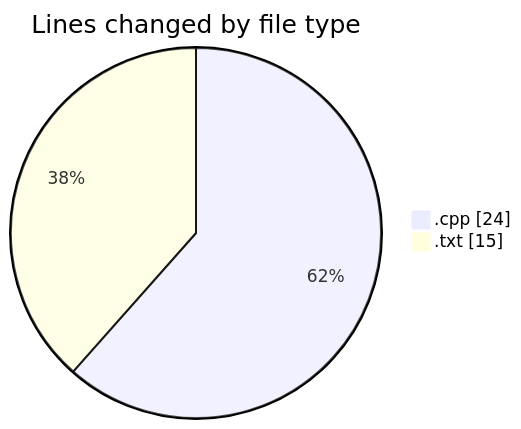
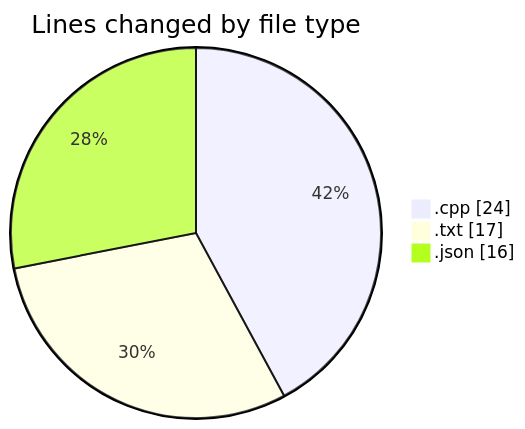
Before and after one commit to Netris89/code-tracking: the first of 2 diagrams in 2025-04-09/modules/README.md, drawn with Mermaid. The commit also changed other lines of this file and 1 other file, not shown here.

````diff
--- a/2025-04-09/modules/README.md
+++ b/2025-04-09/modules/README.md
@@ -22,6 +23,7 @@
 ```mermaid
 pie showData
 title Lines changed by file type
 ".cpp" : 24
-".txt" : 15
+".txt" : 17
+".json" : 16
 ```
````
